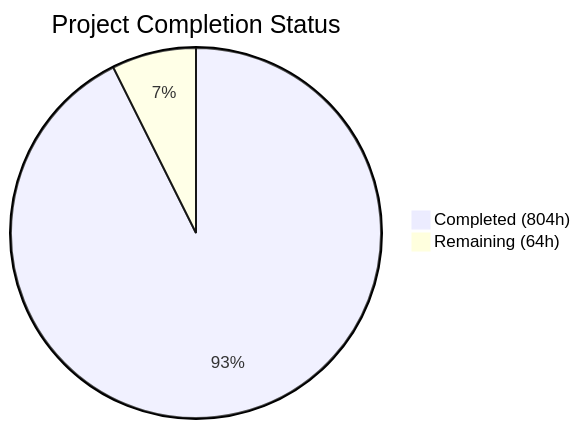
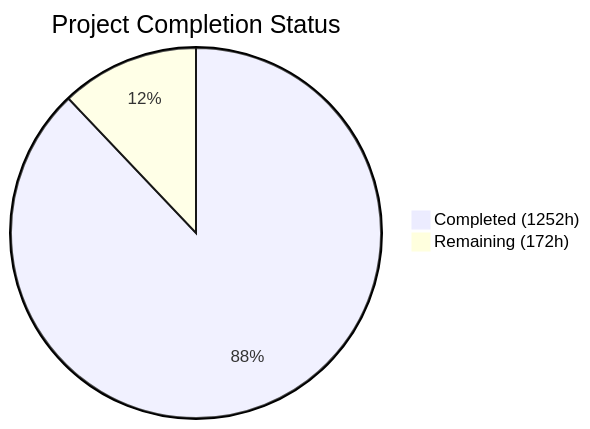
The first of 2 diagrams in blitzy/documentation/Project Guide.md (blitzy-public-samples/phuse-scripts), drawn with Mermaid before and after one commit. The commit also changed other lines of this file, not shown here.

Commit message:
Adding Blitzy Project Guide: Project Status and Human Tasks Remaining

````diff
--- a/blitzy/documentation/Project Guide.md
+++ b/blitzy/documentation/Project Guide.md
@@ -13,5 +13,5 @@
 ```mermaid
 pie title Project Completion Status
-    "Completed (804h)" : 804
-    "Remaining (64h)" : 64
+    "Completed (1252h)" : 1252
+    "Remaining (172h)" : 172
 ```
````
